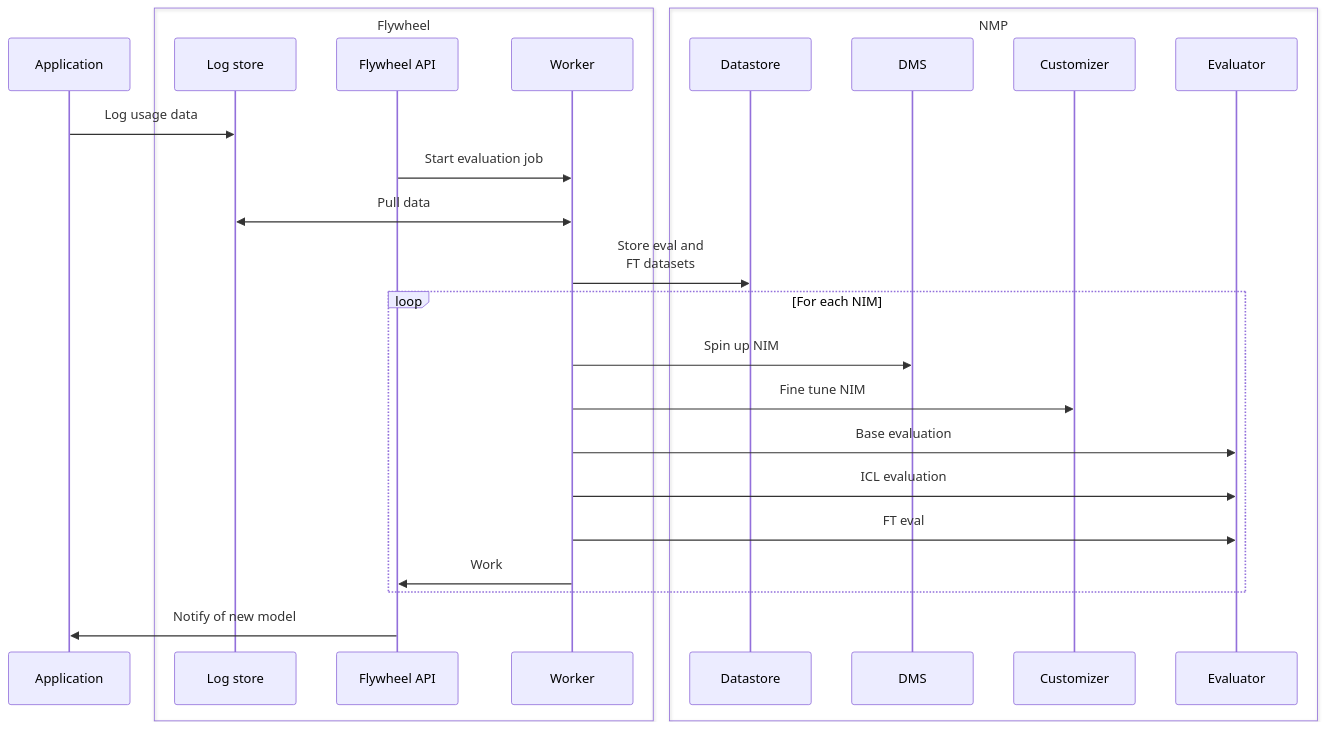
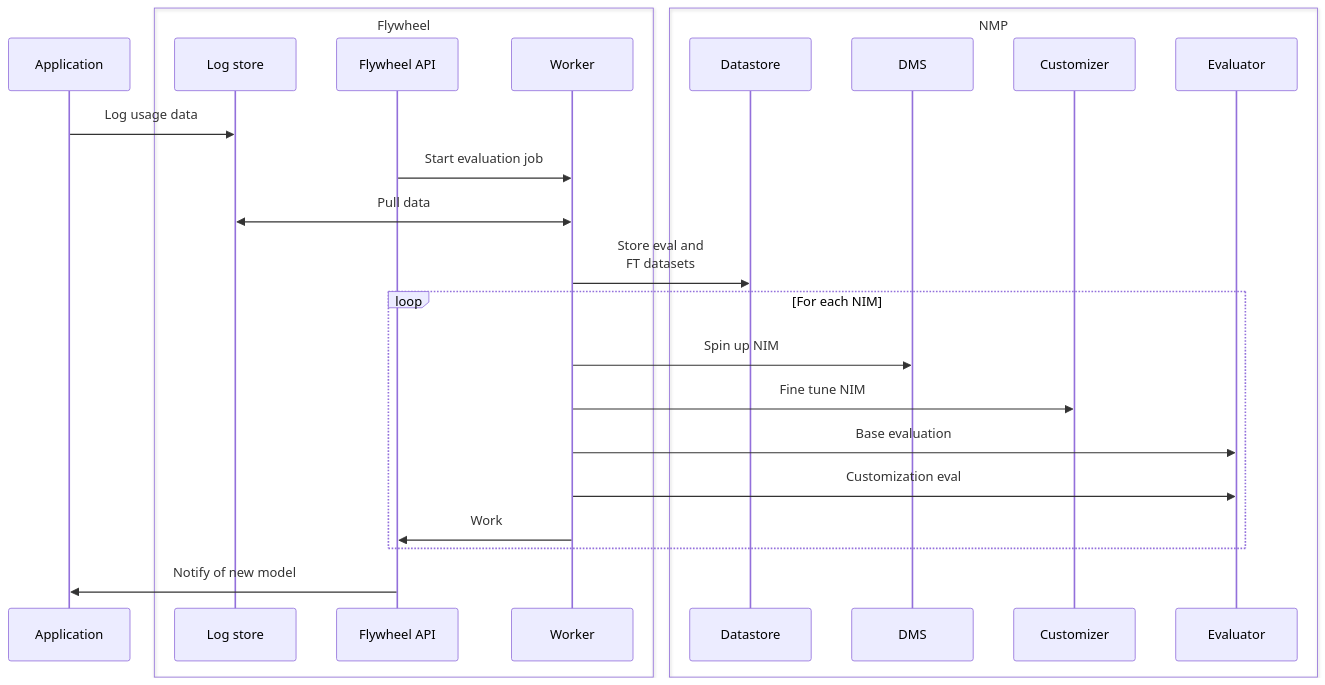
The first of 2 diagrams in docs/01-architecture.md (bp-cicd-org/ai-model-distillation-for-financial-data), drawn with Mermaid before and after one commit. The commit also changed other lines of this file and 15 other files, not shown here.

````diff
--- a/docs/01-architecture.md
+++ b/docs/01-architecture.md
@@ -32,34 +32,33 @@
 ```mermaid
 sequenceDiagram
     participant App as Application
 
     box Flywheel
         participant ES as Log store
         participant API as Flywheel API
         participant Worker as Worker
     end
 
     box NMP
         participant datastore as Datastore
         participant dms as DMS
         participant customizer as Customizer
         participant eval as Evaluator
     end
 
     App->>ES: Log usage data
     API->>Worker: Start evaluation job
     Worker <<->> ES: Pull data
     Worker ->> datastore: Store eval and<br>FT datasets
 
     loop For each NIM
         Worker ->> dms: Spin up NIM
         Worker ->> customizer: Fine tune NIM
 
         Worker->> eval: Base evaluation
-        Worker->> eval: ICL evaluation
-        Worker->> eval: FT eval
+        Worker->> eval: Customization eval
 
         Worker->>API: Work
     end
     API->>App: Notify of new model
 ```
````
